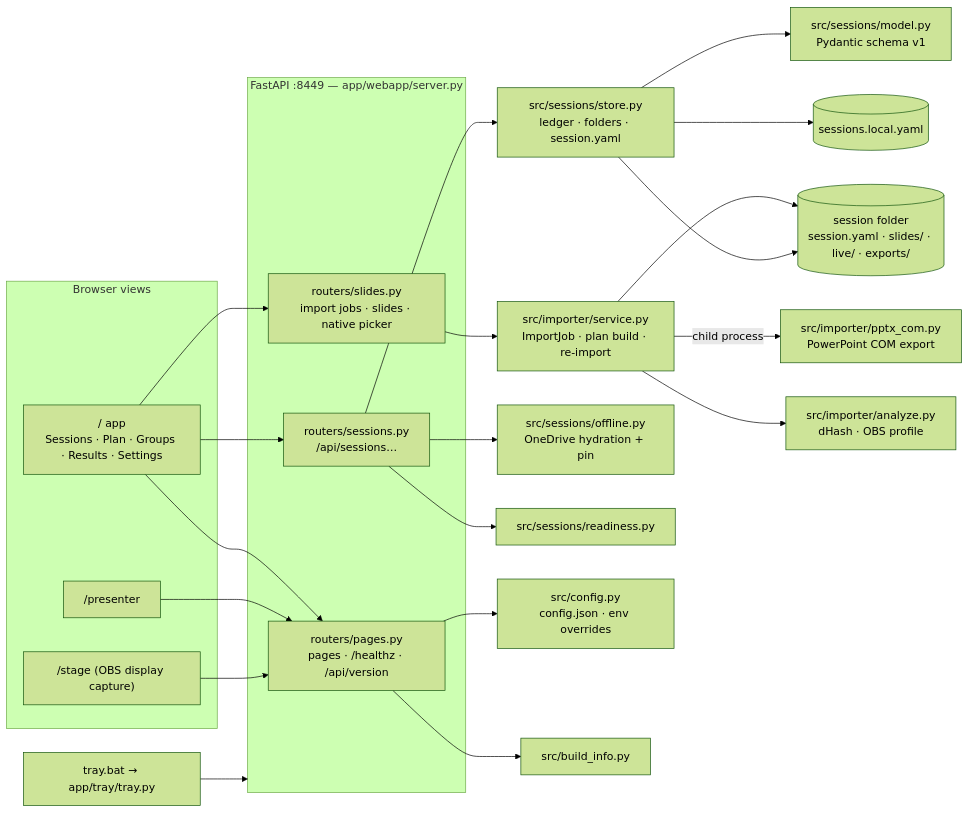
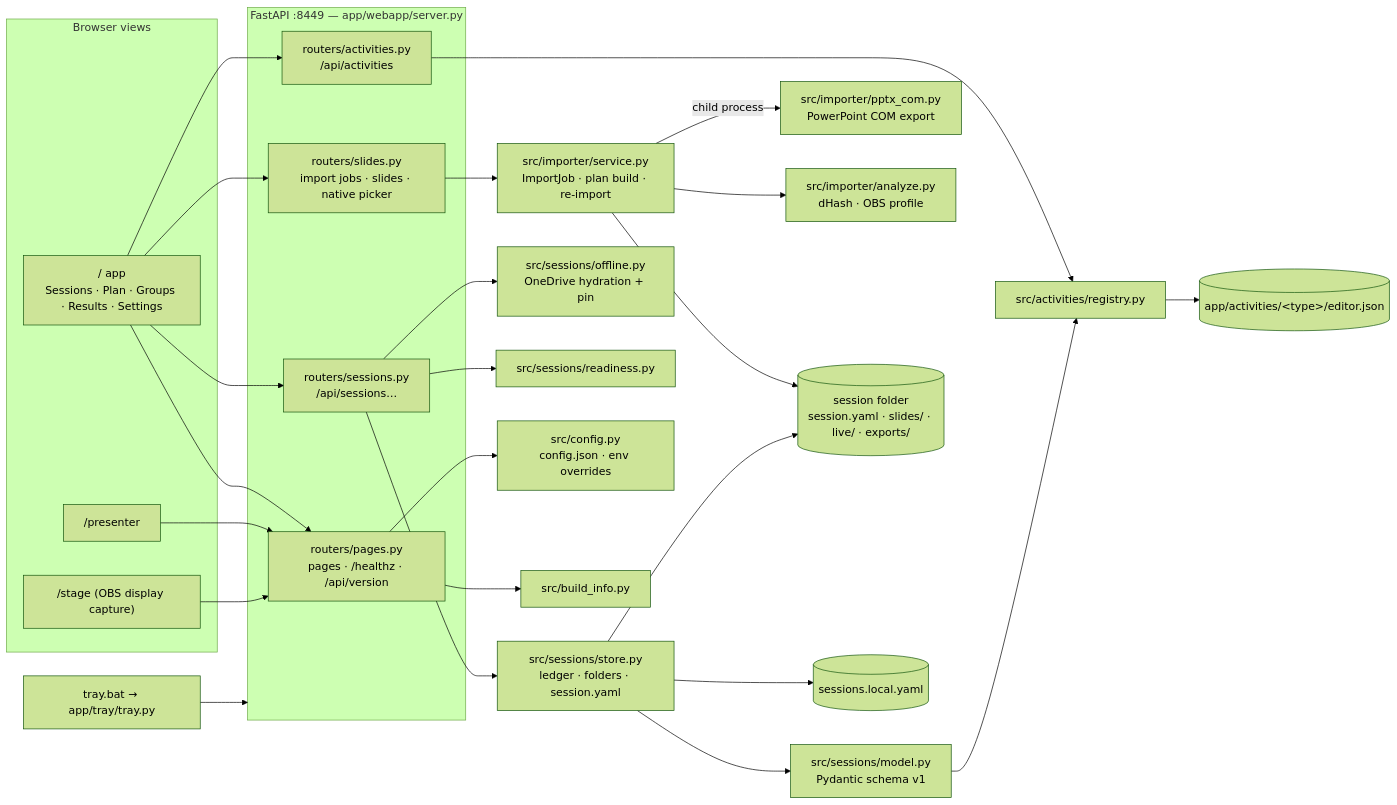
The diagram in docs/architecture.mmd (ferraroroberto/facilitation-suite), drawn with Mermaid (forest theme) before and after one commit. The commit also changed 25 other files, not shown here.

```diff
--- a/docs/architecture.mmd
+++ b/docs/architecture.mmd
@@ -1,30 +1,35 @@
 %% facilitation-suite — internal structure (hand-authored; update with structural changes)
 flowchart LR
   subgraph clients[Browser views]
     appv["/ app<br/>Sessions · Plan · Groups · Results · Settings"]
     presenter["/presenter"]
     stage["/stage (OBS display capture)"]
   end
   tray["tray.bat → app/tray/tray.py"] --> server
   subgraph server[FastAPI :8449 — app/webapp/server.py]
     pages["routers/pages.py<br/>pages · /healthz · /api/version"]
     sessr["routers/sessions.py<br/>/api/sessions…"]
     slidesr["routers/slides.py<br/>import jobs · slides · native picker"]
+    actr["routers/activities.py<br/>/api/activities"]
   end
+  actr --> reg["src/activities/registry.py"]
+  model --> reg
+  reg --> plug[("app/activities/&lt;type&gt;/editor.json")]
   slidesr --> importer["src/importer/service.py<br/>ImportJob · plan build · re-import"]
   importer -->|child process| com["src/importer/pptx_com.py<br/>PowerPoint COM export"]
   importer --> analyze["src/importer/analyze.py<br/>dHash · OBS profile"]
   importer --> folder
   sessr --> store["src/sessions/store.py<br/>ledger · folders · session.yaml"]
   store --> model["src/sessions/model.py<br/>Pydantic schema v1"]
   sessr --> offline["src/sessions/offline.py<br/>OneDrive hydration + pin"]
   sessr --> ready["src/sessions/readiness.py"]
   store --> ledger[("sessions.local.yaml")]
   store --> folder[("session folder<br/>session.yaml · slides/ · live/ · exports/")]
   appv --> pages
   appv --> sessr
   appv --> slidesr
+  appv --> actr
   presenter --> pages
   stage --> pages
   pages --> cfg["src/config.py<br/>config.json · env overrides"]
   pages --> build["src/build_info.py"]
```
